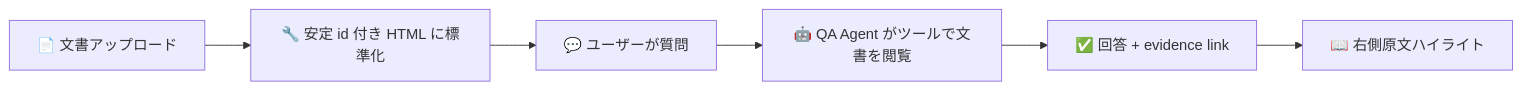
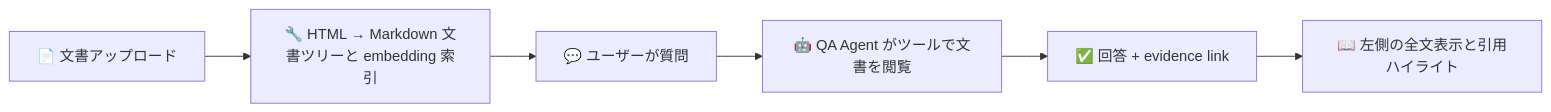
Before and after one commit to ADChahaha/TraceAgent: the diagram in README.ja.md, drawn with Mermaid. The commit also changed other lines of this file and 7 other files, not shown here.

Commit message:
docs: 更新工作台说明与实际界面截图

````diff
--- a/README.ja.md
+++ b/README.ja.md
@@ -48,8 +52,8 @@
 ```mermaid
 flowchart LR
-    Upload["📄 文書アップロード"] --> Normalize["🔧 安定 id 付き HTML に標準化"]
+    Upload["📄 文書アップロード"] --> Normalize["🔧 HTML → Markdown 文書ツリーと embedding 索引"]
     Normalize --> Ask["💬 ユーザーが質問"]
     Ask --> Agent["🤖 QA Agent がツールで文書を閲覧"]
     Agent --> Answer["✅ 回答 + evidence link"]
-    Answer --> Review["📖 右側原文ハイライト"]
+    Answer --> Review["📖 左側の全文表示と引用ハイライト"]
 ```
````
